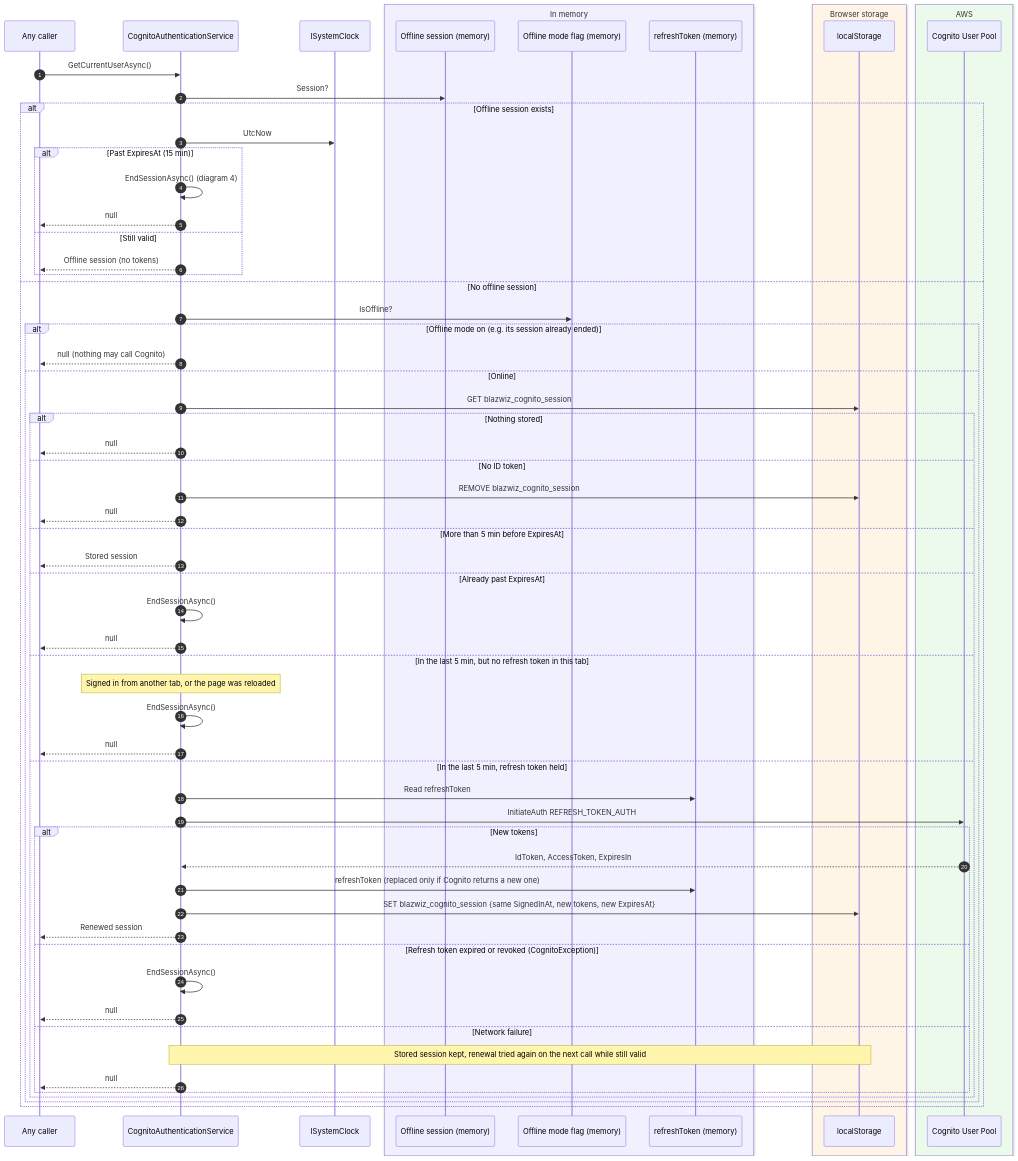
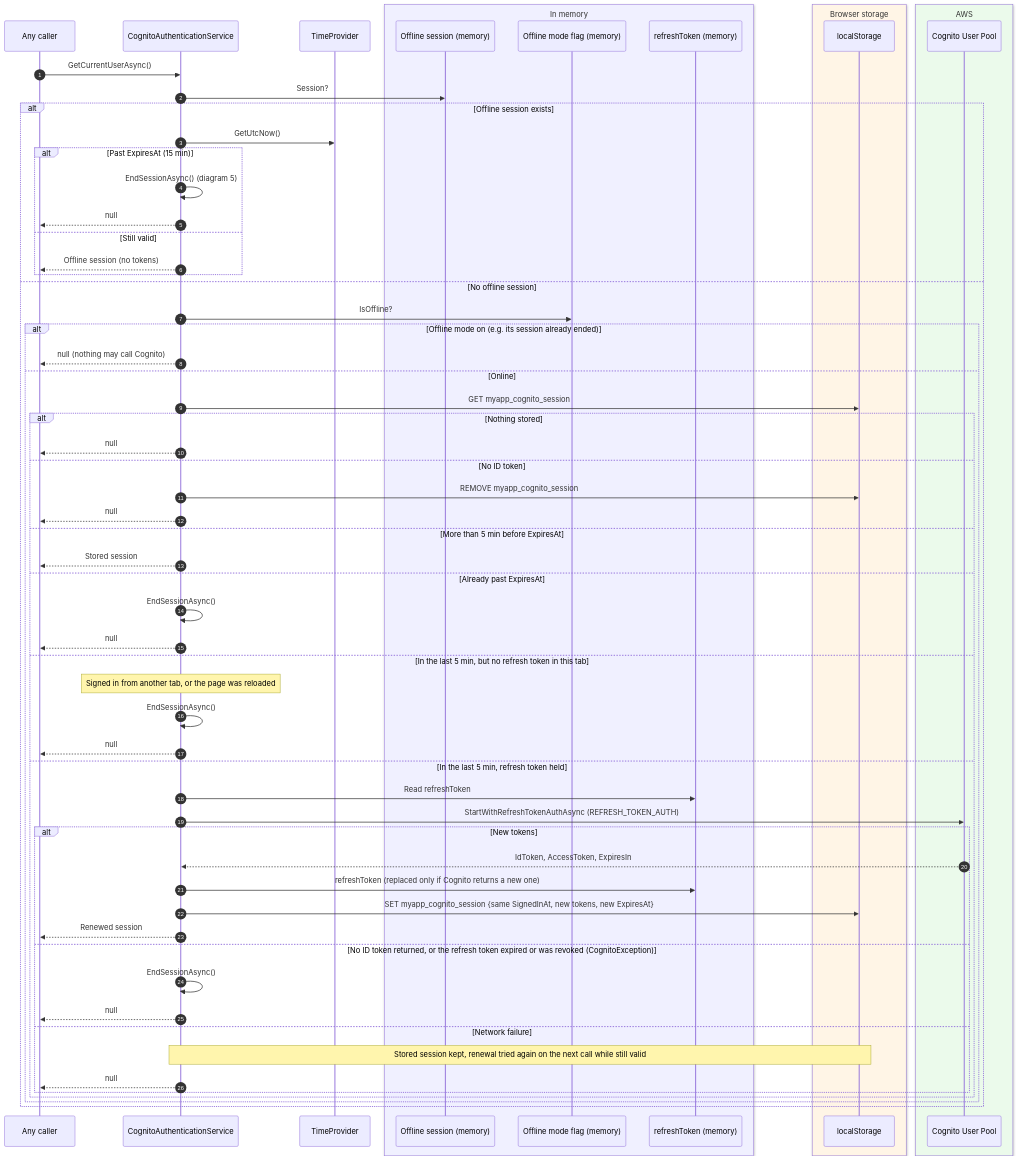
Before and after one commit to devoctomy/blazwiz: the second of 6 diagrams in docs/diagrams/session-management.md, drawn with Mermaid. The commit also changed other lines of this file and 9 other files, not shown here.

First line of the commit message:
chore: update to documents / diagrams and agents (#17)

````diff
--- a/docs/diagrams/session-management.md
+++ b/docs/diagrams/session-management.md
@@ -44,67 +102,67 @@
 ```mermaid
 sequenceDiagram
     autonumber
     participant Caller as Any caller
     participant Auth as CognitoAuthenticationService
-    participant Clock as ISystemClock
+    participant Clock as TimeProvider
     box rgb(240,240,255) In memory
         participant OSS as Offline session (memory)
         participant OMS as Offline mode flag (memory)
         participant Mem as refreshToken (memory)
     end
     box rgb(255,245,230) Browser storage
         participant LS as localStorage
     end
     box rgb(235,250,235) AWS
         participant UP as Cognito User Pool
     end
 
     Caller->>Auth: GetCurrentUserAsync()
     Auth->>OSS: Session?
     alt Offline session exists
-        Auth->>Clock: UtcNow
+        Auth->>Clock: GetUtcNow()
         alt Past ExpiresAt (15 min)
-            Auth->>Auth: EndSessionAsync() (diagram 4)
+            Auth->>Auth: EndSessionAsync() (diagram 5)
             Auth-->>Caller: null
         else Still valid
             Auth-->>Caller: Offline session (no tokens)
         end
     else No offline session
         Auth->>OMS: IsOffline?
         alt Offline mode on (e.g. its session already ended)
             Auth-->>Caller: null (nothing may call Cognito)
         else Online
-            Auth->>LS: GET blazwiz_cognito_session
+            Auth->>LS: GET myapp_cognito_session
             alt Nothing stored
                 Auth-->>Caller: null
             else No ID token
-                Auth->>LS: REMOVE blazwiz_cognito_session
+                Auth->>LS: REMOVE myapp_cognito_session
                 Auth-->>Caller: null
             else More than 5 min before ExpiresAt
                 Auth-->>Caller: Stored session
             else Already past ExpiresAt
                 Auth->>Auth: EndSessionAsync()
                 Auth-->>Caller: null
             else In the last 5 min, but no refresh token in this tab
                 Note over Auth: Signed in from another tab, or the page was reloaded
                 Auth->>Auth: EndSessionAsync()
                 Auth-->>Caller: null
             else In the last 5 min, refresh token held
                 Auth->>Mem: Read refreshToken
-                Auth->>UP: InitiateAuth REFRESH_TOKEN_AUTH
+                Auth->>UP: StartWithRefreshTokenAuthAsync (REFRESH_TOKEN_AUTH)
                 alt New tokens
                     UP-->>Auth: IdToken, AccessToken, ExpiresIn
                     Auth->>Mem: refreshToken (replaced only if Cognito returns a new one)
-                    Auth->>LS: SET blazwiz_cognito_session {same SignedInAt, new tokens, new ExpiresAt}
+                    Auth->>LS: SET myapp_cognito_session {same SignedInAt, new tokens, new ExpiresAt}
                     Auth-->>Caller: Renewed session
-                else Refresh token expired or revoked (CognitoException)
+                else No ID token returned, or the refresh token expired or was revoked (CognitoException)
                     Auth->>Auth: EndSessionAsync()
                     Auth-->>Caller: null
                 else Network failure
                     Note over Auth,LS: Stored session kept, renewal tried again on the next call while still valid
                     Auth-->>Caller: null
                 end
             end
         end
     end
 ```
````
